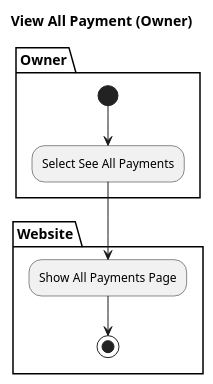
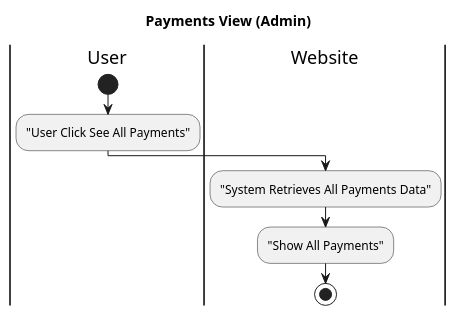
The diagram in Design/BHFMS_ACTIVITY/Payment (Owner) View All.puml (AntWort21/BHFMS), drawn with PlantUML before and after one commit. The commit also changed 9 other files, not shown here.

Commit message:
Update all Activity Diagram w/ Swimlane

```diff
--- a/Design/BHFMS_ACTIVITY/Payment (Owner) View All.puml
+++ b/Design/BHFMS_ACTIVITY/Payment (Owner) View All.puml
@@ -1,12 +1,13 @@
 @startuml
-title View All Payment (Owner)
-partition Owner {
-    (*)  --> "Select See All Payments"
-}
+title Payments View (Admin)
+|User|
+start 
+:"User Click See All Payments";
 
-partition Website {
-    --> "Show All Payments Page"
-    -->(*)
-}
+
+|Website|
+:"System Retrieves All Payments Data";
+:"Show All Payments";
+stop
 
 @enduml
```
